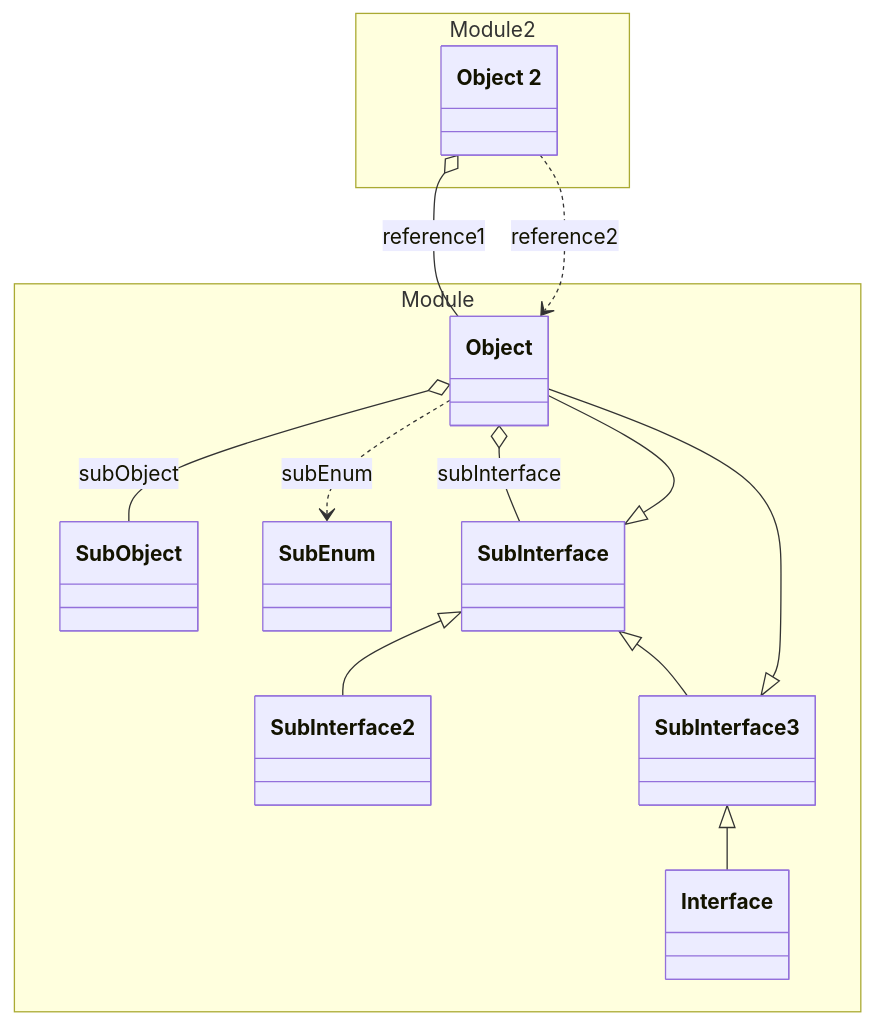
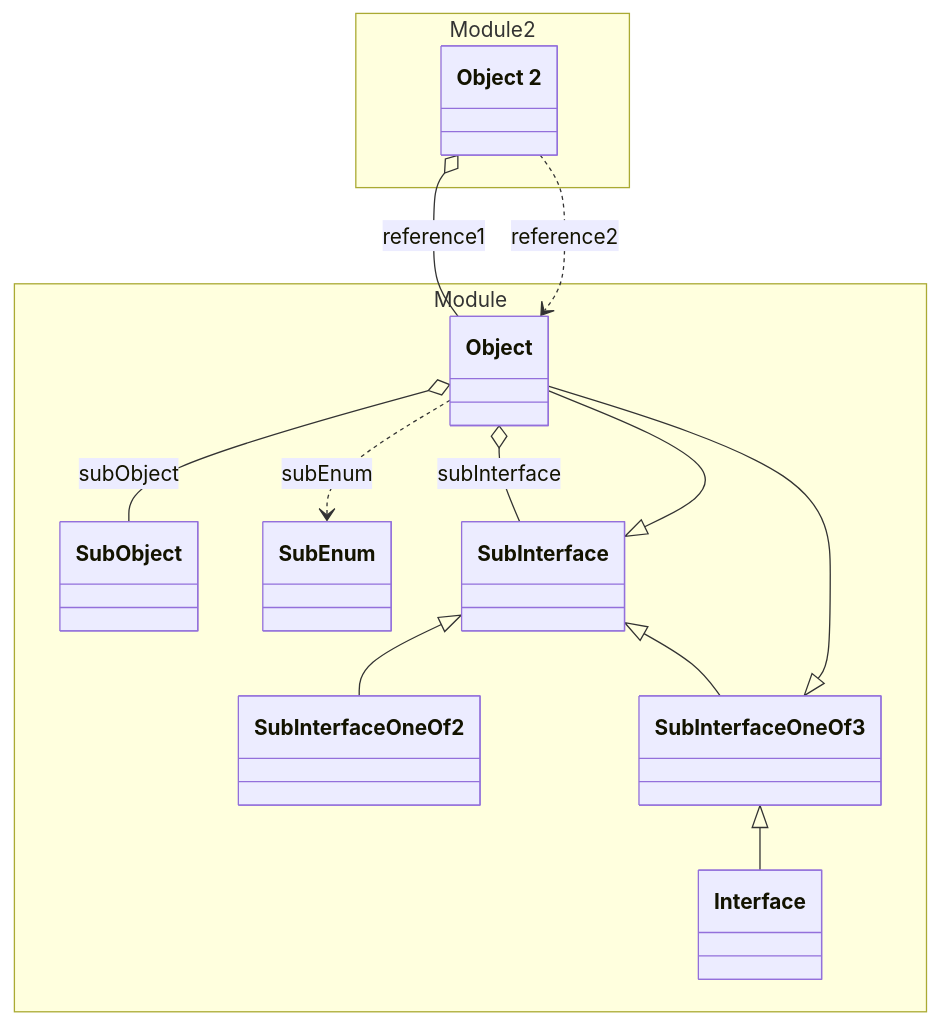
The diagram in tests/java/expected/Module/Object.yaml.md (lizzyTheLizard/domain-schema-documentation), drawn with Mermaid before and after one commit. The commit also changed other lines of this file and 125 other files, not shown here.

First line of the commit message:
Schema normalizer (#11)

````diff
--- a/tests/java/expected/Module/Object.yaml.md
+++ b/tests/java/expected/Module/Object.yaml.md
@@ -5,33 +5,33 @@
 ```mermaid
 classDiagram
 namespace Module {
   class _Module_Object_yaml["Object"]
+  class SubInterface["SubInterface"]
+  class SubInterfaceOneOf3["SubInterfaceOneOf3"]
+  class SubInterfaceOneOf2["SubInterfaceOneOf2"]
+  class SubEnum["SubEnum"]
   class SubObject["SubObject"]
-  class SubEnum["SubEnum"]
-  class SubInterface["SubInterface"]
-  class SubInterface2["SubInterface2"]
-  class SubInterface3["SubInterface3"]
   class _Module_Interface_yml["Interface"]
 }
 namespace Module 2 {
   class _Module2_Object2_yaml["Object 2"]
 }
 _Module2_Object2_yaml o-- _Module_Object_yaml :reference1
 _Module2_Object2_yaml ..> _Module_Object_yaml :reference2
 _Module_Object_yaml o-- SubObject :subObject
 _Module_Object_yaml ..> SubEnum :subEnum
 _Module_Object_yaml o-- SubInterface :subInterface
 SubInterface <|-- _Module_Object_yaml 
-SubInterface <|-- SubInterface2 
-SubInterface <|-- SubInterface3 
-SubInterface3 <|-- _Module_Object_yaml 
-SubInterface3 <|-- _Module_Interface_yml 
+SubInterface <|-- SubInterfaceOneOf2 
+SubInterface <|-- SubInterfaceOneOf3 
+SubInterfaceOneOf3 <|-- _Module_Object_yaml 
+SubInterfaceOneOf3 <|-- _Module_Interface_yml 
 click _Module_Object_yaml href "./Object.yaml.html" "Object"
+click SubInterface href "./Object.yaml.html" "Object"
+click SubInterfaceOneOf3 href "./Object.yaml.html" "Object"
+click SubInterfaceOneOf2 href "./Object.yaml.html" "Object"
+click SubEnum href "./Object.yaml.html" "Object"
 click SubObject href "./Object.yaml.html" "Object"
-click SubEnum href "./Object.yaml.html" "Object"
-click SubInterface href "./Object.yaml.html" "Object"
-click SubInterface2 href "./Object.yaml.html" "Object"
-click SubInterface3 href "./Object.yaml.html" "Object"
 click _Module2_Object2_yaml href "../Module2/Object2.yaml.html" "Object 2"
 click _Module_Interface_yml href "./Interface.yml.html" "Interface"
 ```
````
